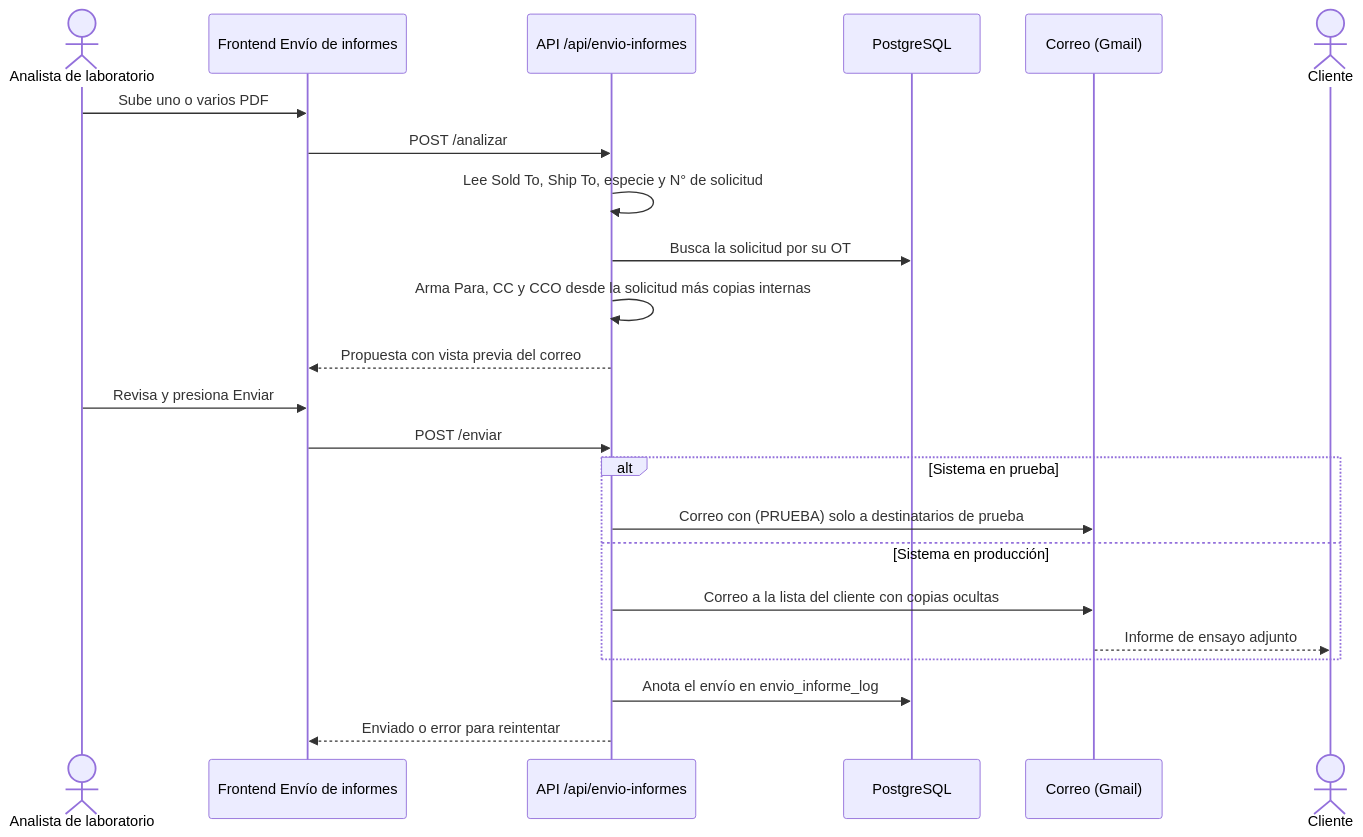
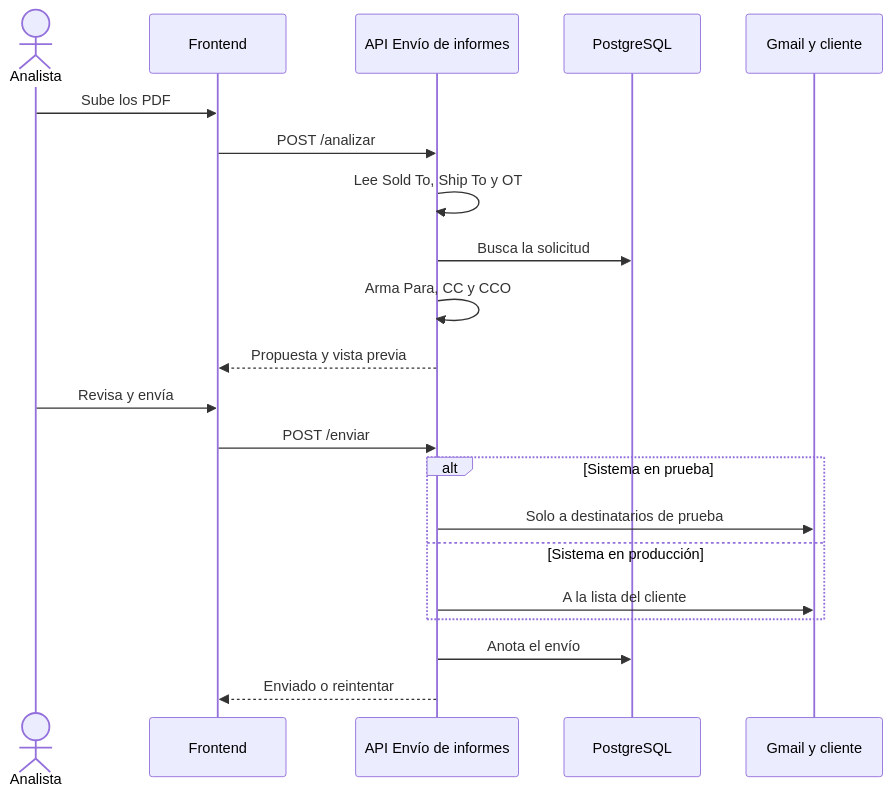
One commit to JSSAgrofresh/agrofresh_report_hub changed the diagram in docs/documentacion/diagramas/sec4_envio_informes.mmd. Above: the diagram before and after it, drawn with Mermaid. The commit also changed 42 other files, not shown here.

```diff
--- a/docs/documentacion/diagramas/sec4_envio_informes.mmd
+++ b/docs/documentacion/diagramas/sec4_envio_informes.mmd
@@ -1,23 +1,21 @@
 sequenceDiagram
-    actor paz as Analista de laboratorio
-    participant front as Frontend Envío de informes
-    participant api as API /api/envio-informes
-    participant bd as PostgreSQL
-    participant mail as Correo (Gmail)
-    actor cliente as Cliente
-    paz->>front: Sube uno o varios PDF
+    actor analista as Analista
+    participant front as Frontend
+    participant api as API Envío de informes
+    participant datos as PostgreSQL
+    participant mail as Gmail y cliente
+    analista->>front: Sube los PDF
     front->>api: POST /analizar
-    api->>api: Lee Sold To, Ship To, especie y N° de solicitud
-    api->>bd: Busca la solicitud por su OT
-    api->>api: Arma Para, CC y CCO desde la solicitud más copias internas
-    api-->>front: Propuesta con vista previa del correo
-    paz->>front: Revisa y presiona Enviar
+    api->>api: Lee Sold To, Ship To y OT
+    api->>datos: Busca la solicitud
+    api->>api: Arma Para, CC y CCO
+    api-->>front: Propuesta y vista previa
+    analista->>front: Revisa y envía
     front->>api: POST /enviar
     alt Sistema en prueba
-        api->>mail: Correo con (PRUEBA) solo a destinatarios de prueba
+        api->>mail: Solo a destinatarios de prueba
     else Sistema en producción
-        api->>mail: Correo a la lista del cliente con copias ocultas
-        mail-->>cliente: Informe de ensayo adjunto
+        api->>mail: A la lista del cliente
     end
-    api->>bd: Anota el envío en envio_informe_log
-    api-->>front: Enviado o error para reintentar
+    api->>datos: Anota el envío
+    api-->>front: Enviado o reintentar
```
